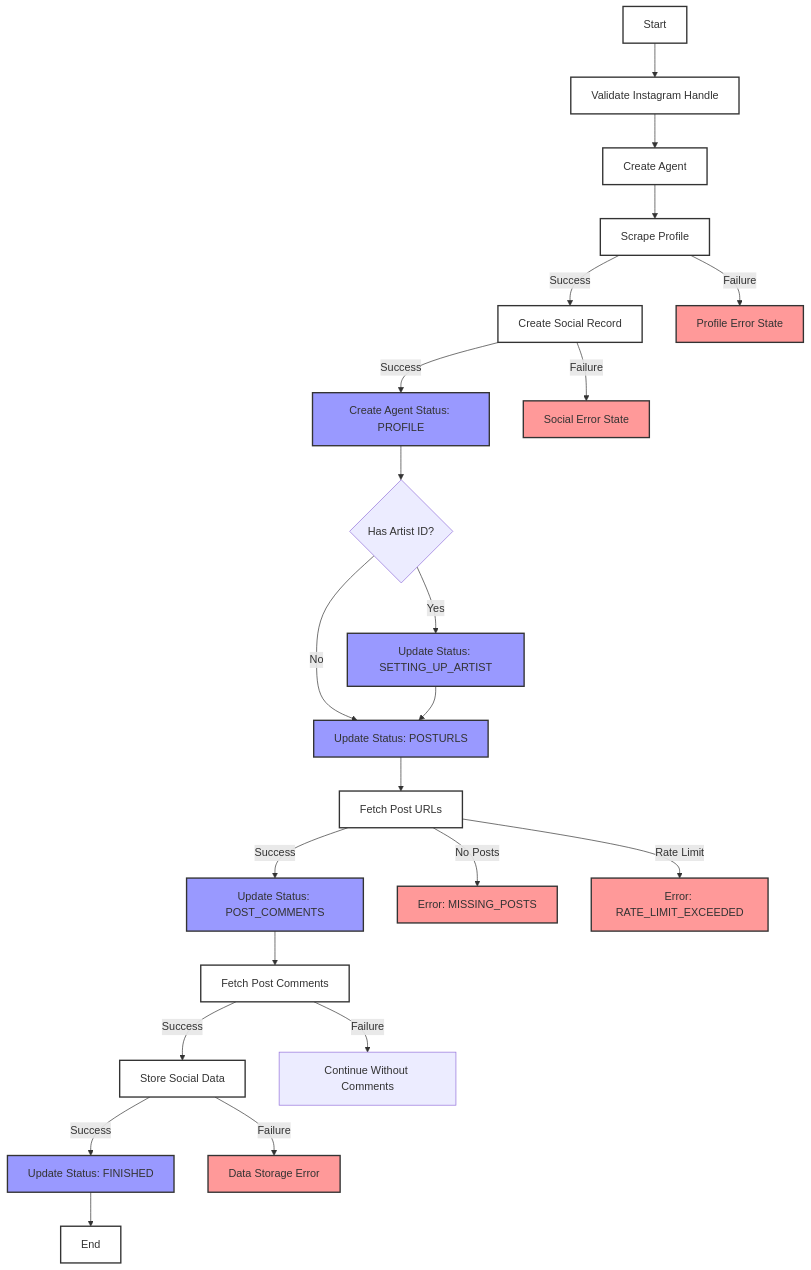
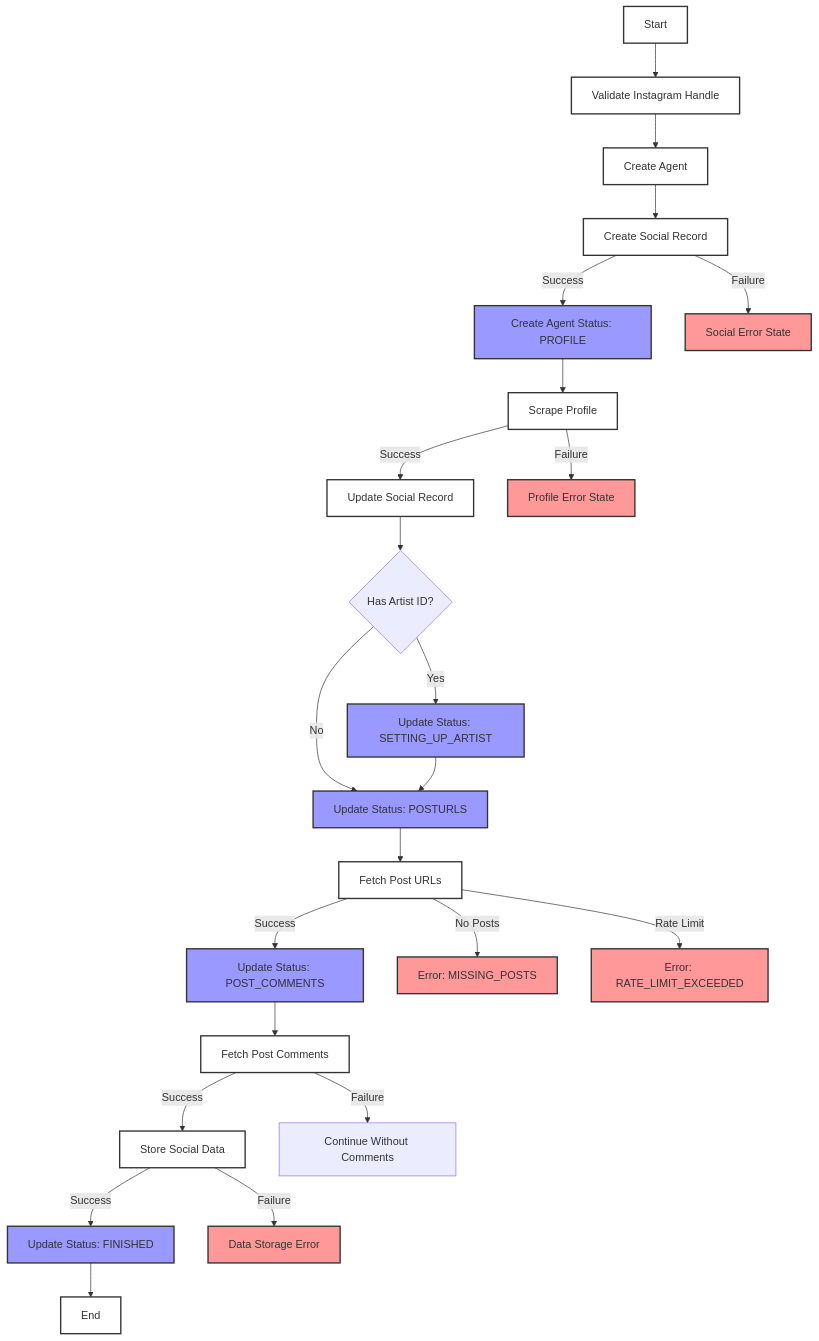
One commit to Recoupable-com/Recoup-Agent-APIs changed the diagram in instagram.mermaid. Above: the diagram before and after it, drawn with Mermaid. The commit also changed 2 other files, not shown here.

```diff
--- a/instagram.mermaid
+++ b/instagram.mermaid
@@ -1,39 +1,40 @@
 graph TD
     Start[Start] --> ValidateHandle[Validate Instagram Handle]
     ValidateHandle --> CreateAgent[Create Agent]
-    CreateAgent --> ScrapeProfile[Scrape Profile]
-    
-    ScrapeProfile -->|Success| CreateSocial[Create Social Record]
-    ScrapeProfile -->|Failure| ProfileError[Profile Error State]
+    CreateAgent --> CreateSocial[Create Social Record]
     
     CreateSocial -->|Success| CreateStatus[Create Agent Status: PROFILE]
     CreateSocial -->|Failure| SocialError[Social Error State]
     
-    CreateStatus --> CheckArtist{Has Artist ID?}
+    CreateStatus --> ScrapeProfile[Scrape Profile]
+    ScrapeProfile -->|Success| UpdateSocial[Update Social Record]
+    ScrapeProfile -->|Failure| ProfileError[Profile Error State]
+    
+    UpdateSocial --> CheckArtist{Has Artist ID?}
     CheckArtist -->|Yes| ArtistSetup[Update Status: SETTING_UP_ARTIST]
     CheckArtist -->|No| ScrapePosts[Update Status: POSTURLS]
     ArtistSetup --> ScrapePosts
     
     ScrapePosts --> FetchPosts[Fetch Post URLs]
     FetchPosts -->|Success| ScrapeComments[Update Status: POST_COMMENTS]
     FetchPosts -->|No Posts| MissingPosts[Error: MISSING_POSTS]
     FetchPosts -->|Rate Limit| RateLimit[Error: RATE_LIMIT_EXCEEDED]
     
     ScrapeComments --> FetchComments[Fetch Post Comments]
     FetchComments -->|Success| StoreSocialData[Store Social Data]
     FetchComments -->|Failure| ContinueWithoutComments[Continue Without Comments]
     
     StoreSocialData -->|Success| UpdateStatus[Update Status: FINISHED]
     StoreSocialData -->|Failure| DataError[Data Storage Error]
     
     UpdateStatus --> End[End]
     
     classDef success fill:#9f9,stroke:#333,stroke-width:2px;
     classDef error fill:#f99,stroke:#333,stroke-width:2px;
     classDef process fill:#fff,stroke:#333,stroke-width:2px;
     classDef status fill:#99f,stroke:#333,stroke-width:2px;
     
     class Start,End process;
     class ProfileError,SocialError,MissingPosts,RateLimit,DataError error;
     class CreateStatus,ArtistSetup,ScrapePosts,ScrapeComments,UpdateStatus status;
-    class ValidateHandle,CreateAgent,ScrapeProfile,CreateSocial,FetchPosts,FetchComments,StoreSocialData process;
+    class ValidateHandle,CreateAgent,CreateSocial,ScrapeProfile,UpdateSocial,FetchPosts,FetchComments,StoreSocialData process;
```
